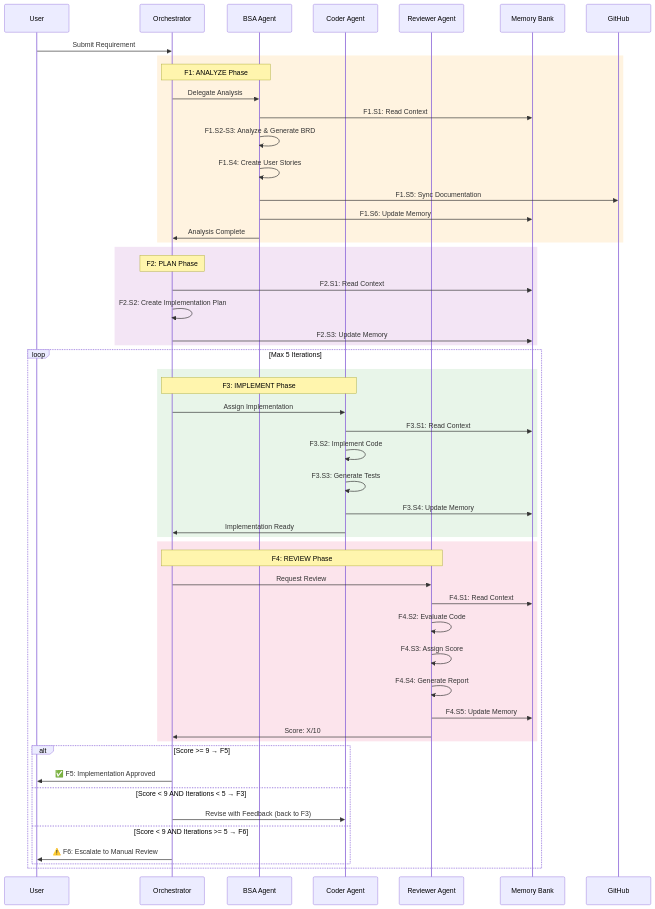
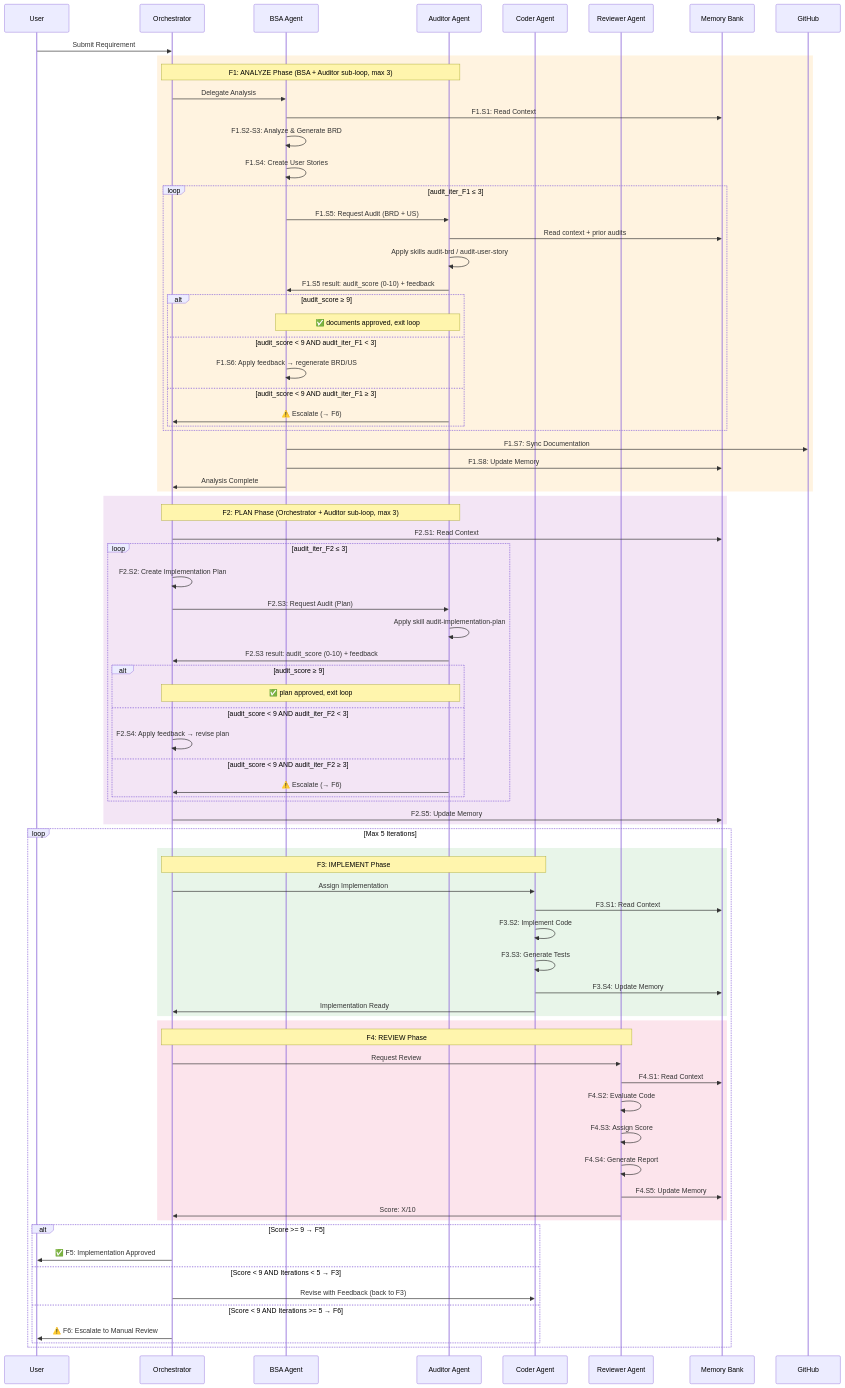
Before and after one commit to hgmancholam/novum: the second of 7 diagrams in .github/workflow.md, drawn with Mermaid. The commit also changed other lines of this file and 9 other files, not shown here.

Commit message:
Add agent auditor

```diff
--- a/.github/workflow.md
+++ b/.github/workflow.md
@@ -161,29 +187,55 @@
     participant U as User
     participant O as Orchestrator
     participant B as BSA Agent
+    participant A as Auditor Agent
     participant C as Coder Agent
     participant R as Reviewer Agent
     participant M as Memory Bank
     participant G as GitHub
 
     U->>O: Submit Requirement
-    
+
     rect rgb(255, 243, 224)
-        Note over O,B: F1: ANALYZE Phase
+        Note over O,A: F1: ANALYZE Phase (BSA + Auditor sub-loop, max 3)
         O->>B: Delegate Analysis
         B->>M: F1.S1: Read Context
         B->>B: F1.S2-S3: Analyze & Generate BRD
         B->>B: F1.S4: Create User Stories
-        B->>G: F1.S5: Sync Documentation
-        B->>M: F1.S6: Update Memory
+        loop audit_iter_F1 ≤ 3
+            B->>A: F1.S5: Request Audit (BRD + US)
+            A->>M: Read context + prior audits
+            A->>A: Apply skills audit-brd / audit-user-story
+            A->>B: F1.S5 result: audit_score (0-10) + feedback
+            alt audit_score ≥ 9
+                Note over A,B: ✅ documents approved, exit loop
+            else audit_score < 9 AND audit_iter_F1 < 3
+                B->>B: F1.S6: Apply feedback → regenerate BRD/US
+            else audit_score < 9 AND audit_iter_F1 ≥ 3
+                A->>O: ⚠️ Escalate (→ F6)
+            end
+        end
+        B->>G: F1.S7: Sync Documentation
+        B->>M: F1.S8: Update Memory
         B->>O: Analysis Complete
     end
 
     rect rgb(243, 229, 245)
-        Note over O: F2: PLAN Phase
+        Note over O,A: F2: PLAN Phase (Orchestrator + Auditor sub-loop, max 3)
         O->>M: F2.S1: Read Context
-        O->>O: F2.S2: Create Implementation Plan
-        O->>M: F2.S3: Update Memory
+        loop audit_iter_F2 ≤ 3
+            O->>O: F2.S2: Create Implementation Plan
+            O->>A: F2.S3: Request Audit (Plan)
+            A->>A: Apply skill audit-implementation-plan
+            A->>O: F2.S3 result: audit_score (0-10) + feedback
+            alt audit_score ≥ 9
+                Note over A,O: ✅ plan approved, exit loop
+            else audit_score < 9 AND audit_iter_F2 < 3
+                O->>O: F2.S4: Apply feedback → revise plan
+            else audit_score < 9 AND audit_iter_F2 ≥ 3
+                A->>O: ⚠️ Escalate (→ F6)
+            end
+        end
+        O->>M: F2.S5: Update Memory
     end
 
     loop Max 5 Iterations
```
